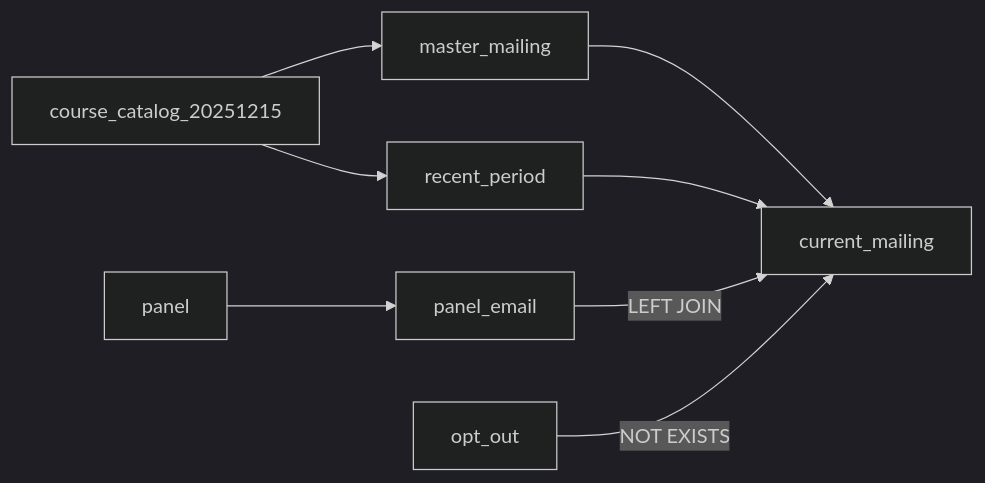
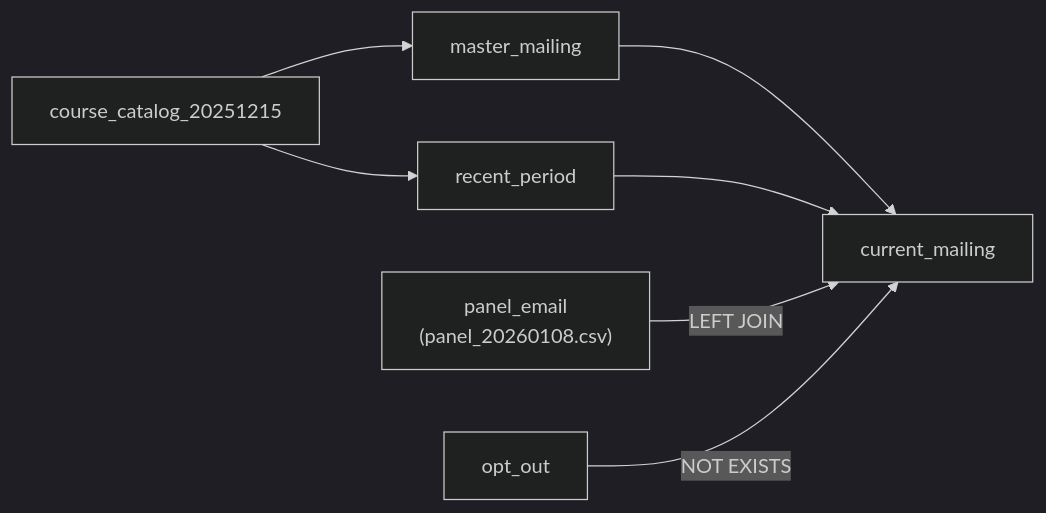
One commit to christopherseaman/commodoreSQL changed the diagram in MAILING-FLOW.md. Above: the diagram before and after it, drawn with Mermaid (dark theme). The commit also changed other lines of this file and 95 other files, not shown here.

````diff
--- a/MAILING-FLOW.md
+++ b/MAILING-FLOW.md
@@ -9,10 +9,10 @@
 ```mermaid
 flowchart LR
     S[course_catalog_20251215] --> M[master_mailing]
     S --> R[recent_period]
     M --> W[current_mailing]
     R --> W
-    H[panel] --> P[panel_email]
+    P["panel_email<br/>(panel_20260108.csv)"]
     P -->|LEFT JOIN| W
     O[opt_out] -->|NOT EXISTS| W
 ```
````
